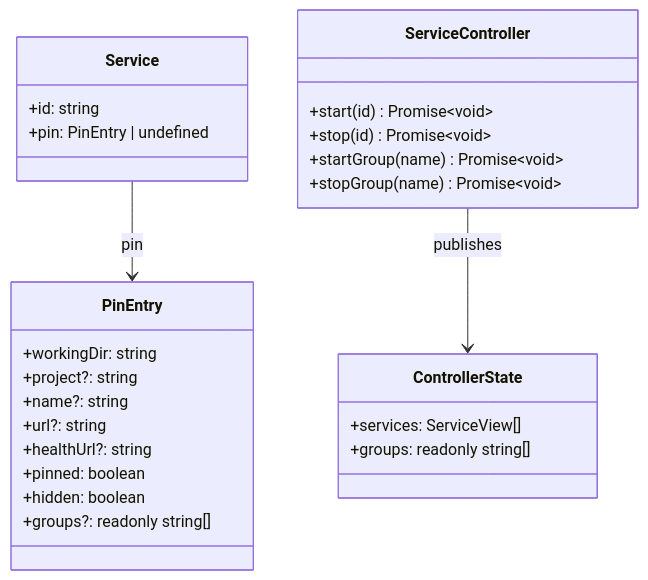
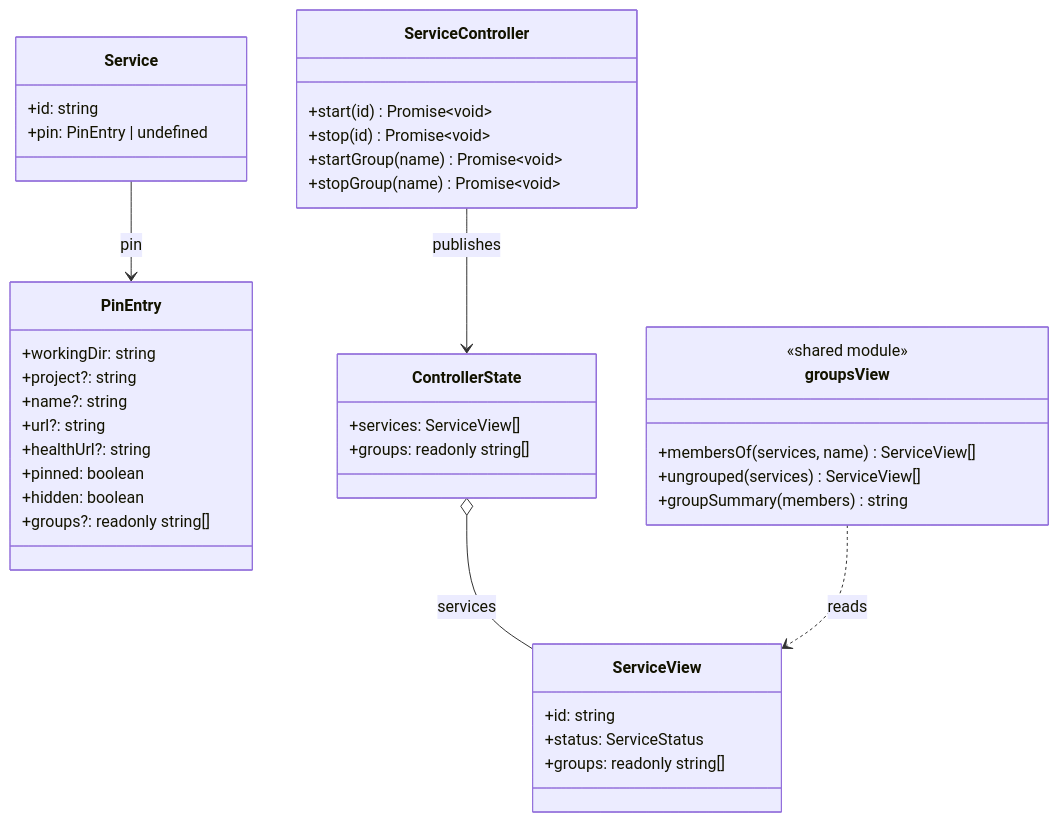
Before and after one commit to benoit-bremaud/dock-n-roll: the diagram in docs/architecture/diagrams/groups/03-class.md, drawn with Mermaid. The commit also changed other lines of this file and 15 other files, not shown here.

First line of the commit message:
feat(groups): list group members under their group in the tray and the dashboard

````diff
--- a/docs/architecture/diagrams/groups/03-class.md
+++ b/docs/architecture/diagrams/groups/03-class.md
@@ -7,29 +7,42 @@
 ```mermaid
 classDiagram
   class PinEntry {
     +workingDir: string
     +project?: string
     +name?: string
     +url?: string
     +healthUrl?: string
     +pinned: boolean
     +hidden: boolean
     +groups?: readonly string[]
   }
   class Service {
     +id: string
     +pin: PinEntry | undefined
   }
   class ServiceController {
     +start(id) Promise~void~
     +stop(id) Promise~void~
     +startGroup(name) Promise~void~
     +stopGroup(name) Promise~void~
   }
+  class ServiceView {
+    +id: string
+    +status: ServiceStatus
+    +groups: readonly string[]
+  }
   class ControllerState {
     +services: ServiceView[]
     +groups: readonly string[]
   }
+  class groupsView {
+    <<shared module>>
+    +membersOf(services, name) ServiceView[]
+    +ungrouped(services) ServiceView[]
+    +groupSummary(members) string
+  }
   Service --> PinEntry : pin
+  ControllerState o-- ServiceView : services
+  groupsView ..> ServiceView : reads
   ServiceController --> ControllerState : publishes
 ```
````
